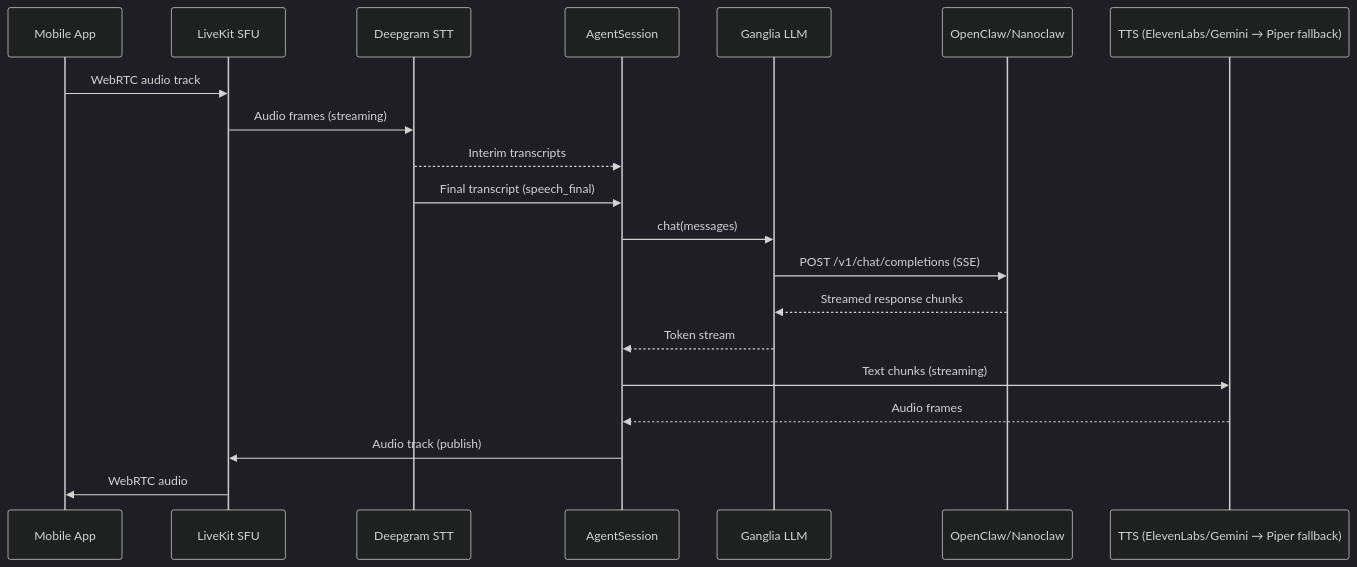
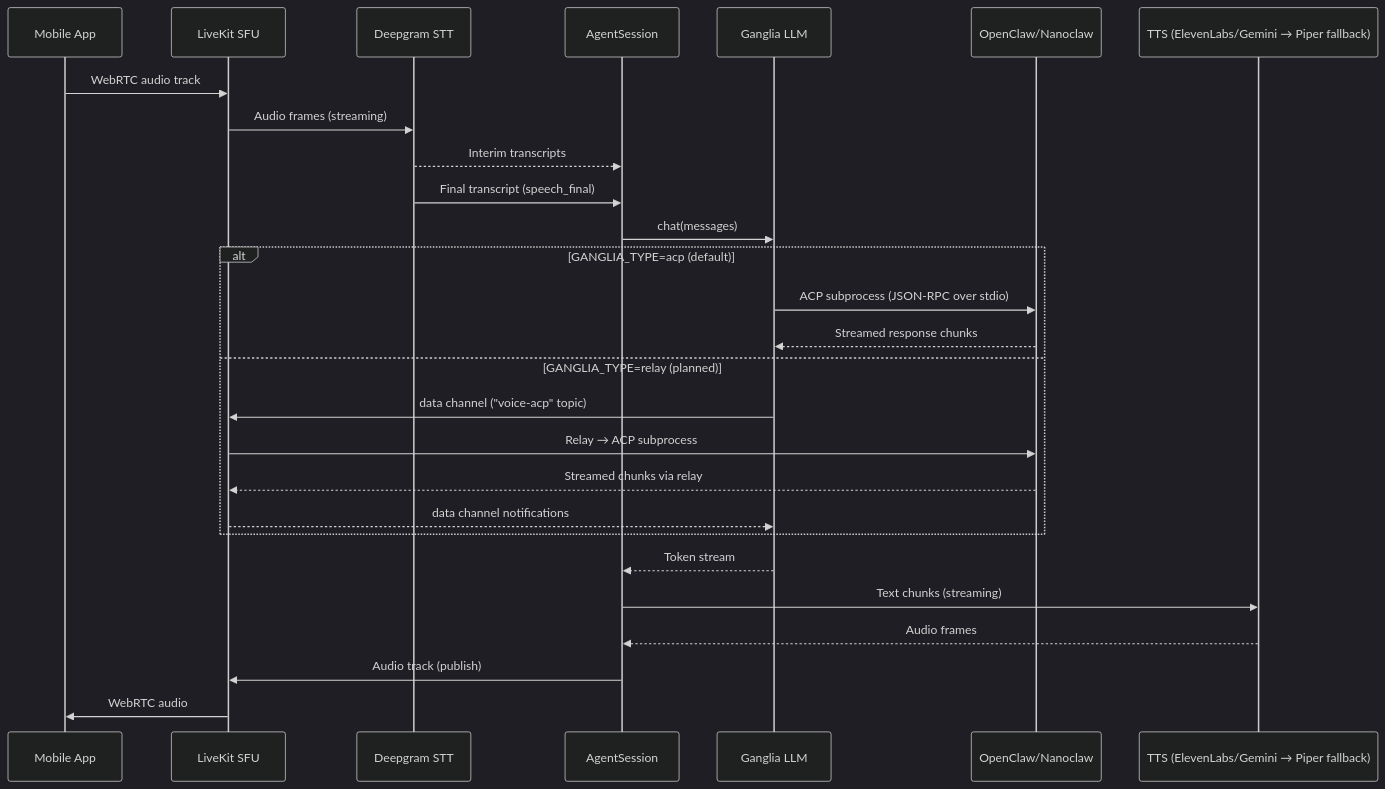
The diagram in docs/architecture/voice-pipeline.md (dremonkey/fletcher), drawn with Mermaid (dark theme) before and after one commit. The commit also changed other lines of this file and 5 other files, not shown here.

First line of the commit message:
docs(tasks): add task 064 — relay-mediated LLM backend

````diff
--- a/docs/architecture/voice-pipeline.md
+++ b/docs/architecture/voice-pipeline.md
@@ -7,25 +7,34 @@
 ```mermaid
 sequenceDiagram
     participant Phone as Mobile App
     participant LK as LiveKit SFU
     participant STT as Deepgram STT
     participant Agent as AgentSession
     participant LLM as Ganglia LLM
     participant Brain as OpenClaw/Nanoclaw
     participant TTS as TTS (ElevenLabs/Gemini → Piper fallback)
 
     Phone->>LK: WebRTC audio track
     LK->>STT: Audio frames (streaming)
     STT-->>Agent: Interim transcripts
     STT->>Agent: Final transcript (speech_final)
 
     Agent->>LLM: chat(messages)
-    LLM->>Brain: POST /v1/chat/completions (SSE)
-    Brain-->>LLM: Streamed response chunks
+
+    alt GANGLIA_TYPE=acp (default)
+        LLM->>Brain: ACP subprocess (JSON-RPC over stdio)
+        Brain-->>LLM: Streamed response chunks
+    else GANGLIA_TYPE=relay (planned)
+        LLM->>LK: data channel ("voice-acp" topic)
+        LK->>Brain: Relay → ACP subprocess
+        Brain-->>LK: Streamed chunks via relay
+        LK-->>LLM: data channel notifications
+    end
+
     LLM-->>Agent: Token stream
 
     Agent->>TTS: Text chunks (streaming)
     TTS-->>Agent: Audio frames
     Agent->>LK: Audio track (publish)
     LK->>Phone: WebRTC audio
 ```
````
